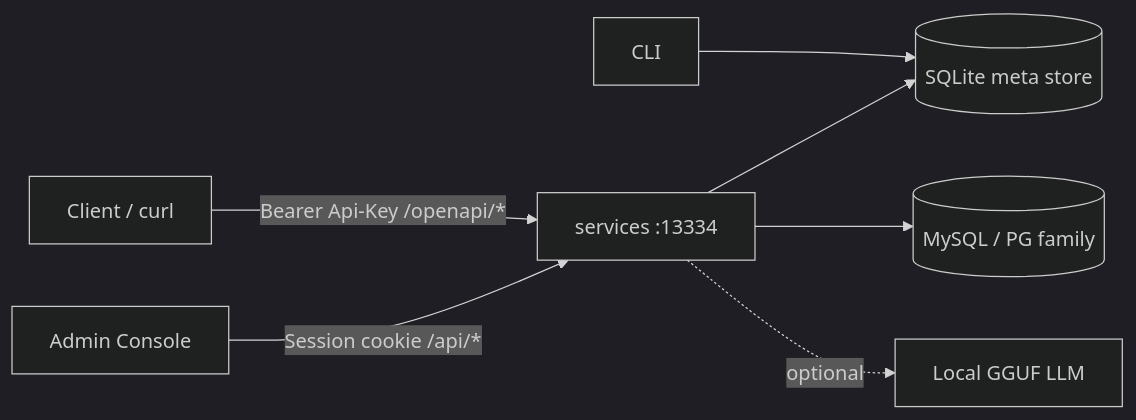
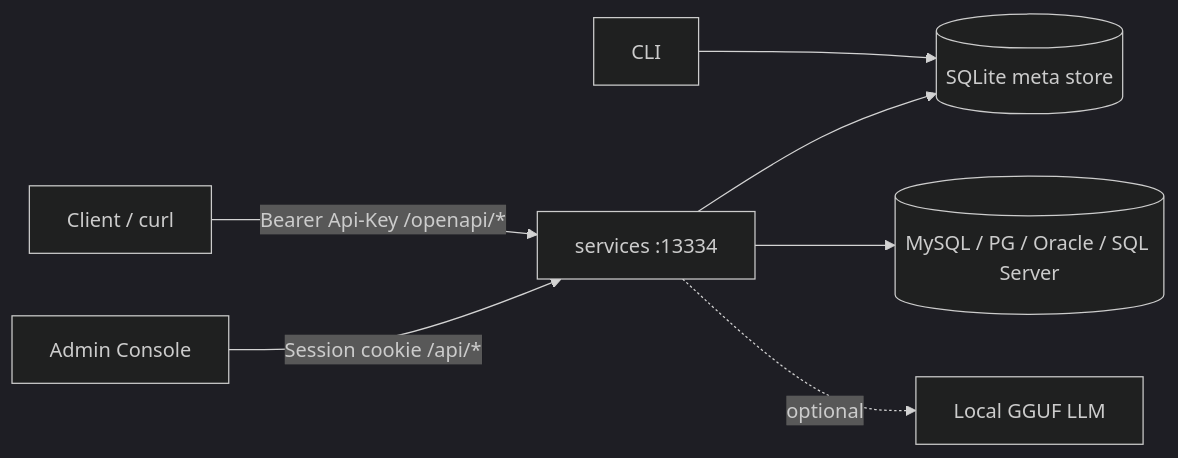
The diagram in README.md (AxiosLeo/sql2api), drawn with Mermaid (dark theme) before and after one commit. The commit also changed other lines of this file and 19 other files, not shown here.

First line of the commit message:
feat: Add support for Oracle and SQL Server as datasource types

````diff
--- a/README.md
+++ b/README.md
@@ -35,17 +35,17 @@
 ```mermaid
 flowchart LR
   Client[Client / curl]
   Admin[Admin Console]
   CLI[CLI]
   API[services :13334]
   Meta[(SQLite meta store)]
-  DB[(MySQL / PG family)]
+  DB[(MySQL / PG / Oracle / SQL Server)]
   LLM[Local GGUF LLM]
 
   Client -->|"Bearer Api-Key /openapi/*"| API
   Admin -->|"Session cookie /api/*"| API
   CLI --> Meta
   API --> Meta
   API --> DB
   API -.->|optional| LLM
 ```
````
